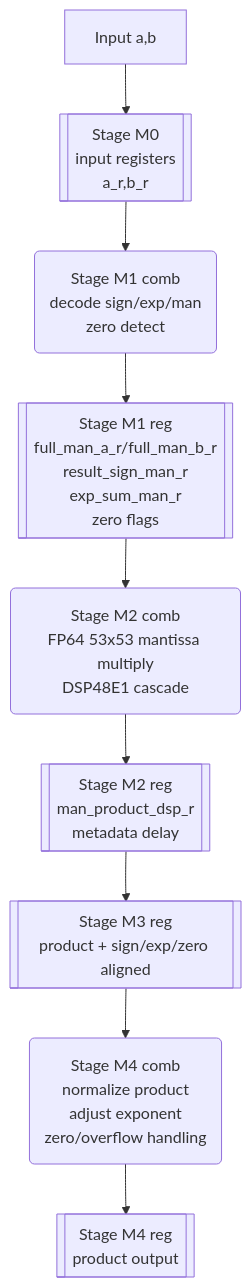
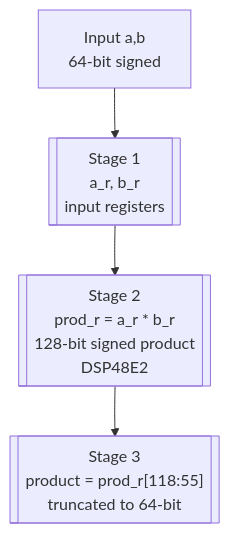
One commit to RESBI/FPGA-Mandelbrot-Demo changed the first of 17 diagrams in doc/ARCHITECTURE.md. Above: the diagram before and after it, drawn with Mermaid. The commit also changed other lines of this file and 1 other file, not shown here.

First line of the commit message:
Restructure ARCHITECTURE.md for fx64 primary path; add fx64 redesign chapter to evolution report

````diff
--- a/doc/ARCHITECTURE.md
+++ b/doc/ARCHITECTURE.md
@@ -269,11 +224,6 @@
 ```mermaid
 flowchart TB
-    IN["Input a,b"] --> R0[["Stage M0<br/>input registers<br/>a_r,b_r"]]
-    R0 --> D0("Stage M1 comb<br/>decode sign/exp/man<br/>zero detect")
-    D0 --> R1[["Stage M1 reg<br/>full_man_a_r/full_man_b_r<br/>result_sign_man_r<br/>exp_sum_man_r<br/>zero flags"]]
-    R1 --> DSP("Stage M2 comb<br/>FP64 53x53 mantissa multiply<br/>DSP48E1 cascade")
-    DSP --> R2[["Stage M2 reg<br/>man_product_dsp_r<br/>metadata delay"]]
-    R2 --> R3[["Stage M3 reg<br/>product + sign/exp/zero aligned"]]
-    R3 --> NORM("Stage M4 comb<br/>normalize product<br/>adjust exponent<br/>zero/overflow handling")
-    NORM --> OUT[["Stage M4 reg<br/>product output"]]
+    IN["Input a,b<br/>64-bit signed"] --> S1[["Stage 1<br/>a_r, b_r<br/>input registers"]]
+    S1 --> S2[["Stage 2<br/>prod_r = a_r * b_r<br/>128-bit signed product<br/>DSP48E2"]]
+    S2 --> S3[["Stage 3<br/>product = prod_r[118:55]<br/>truncated to 64-bit"]]
 ```
````
